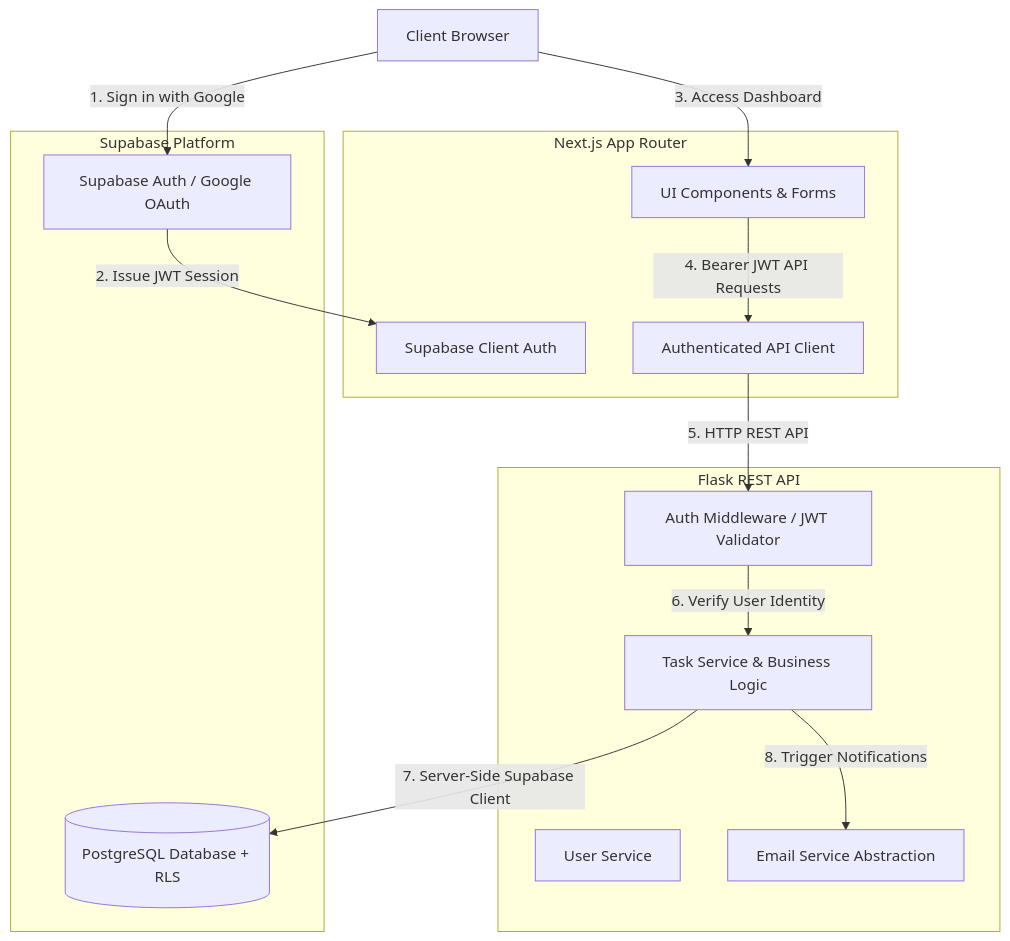
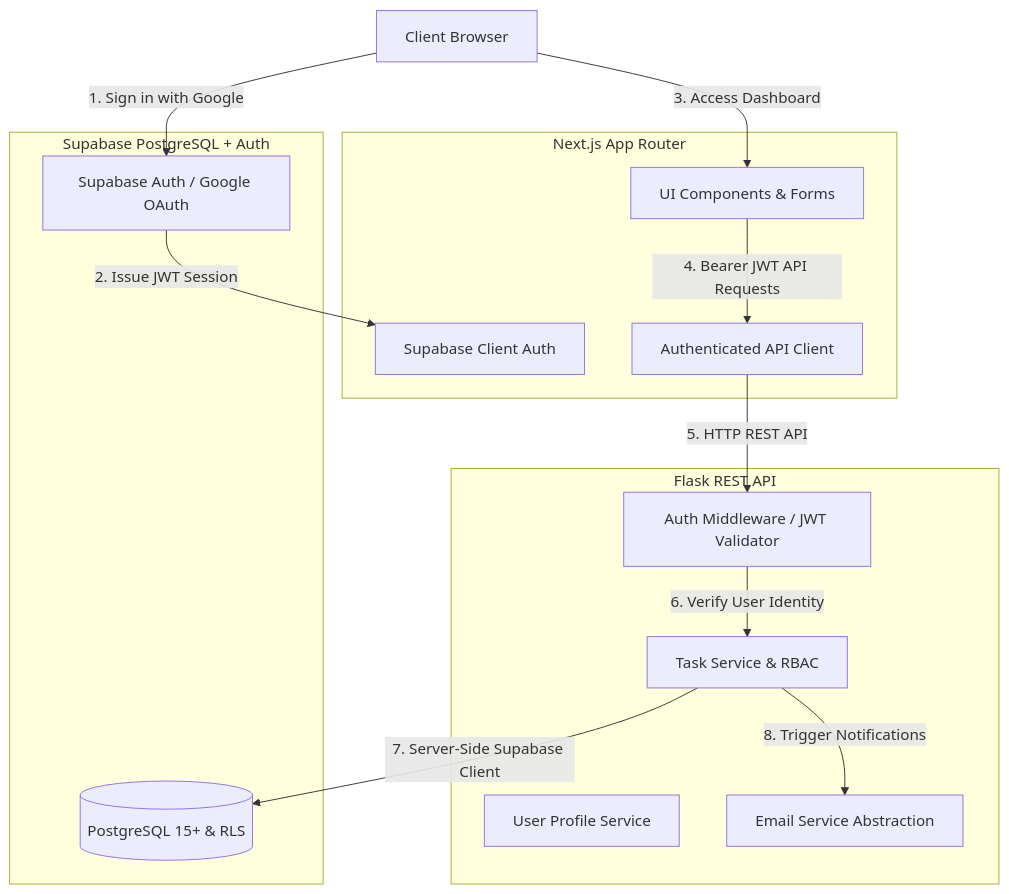
The first of 3 diagrams in README.md (adityadushara/taskflow_pro), drawn with Mermaid before and after one commit. The commit also changed other lines of this file and 3 other files, not shown here.

````diff
--- a/README.md
+++ b/README.md
@@ -9,31 +9,31 @@
 ```mermaid
 graph TD
     Browser[Client Browser]
     
     subgraph Frontend [Next.js App Router]
         UI[UI Components & Forms]
         AuthClient[Supabase Client Auth]
         ApiClient[Authenticated API Client]
     end
 
     subgraph Backend [Flask REST API]
         AuthMiddleware[Auth Middleware / JWT Validator]
-        TaskService[Task Service & Business Logic]
-        UserService[User Service]
+        TaskService[Task Service & RBAC]
+        UserService[User Profile Service]
         EmailService[Email Service Abstraction]
     end
 
-    subgraph Database [Supabase Platform]
+    subgraph Database [Supabase PostgreSQL + Auth]
         SupaAuth[Supabase Auth / Google OAuth]
-        Postgres[(PostgreSQL Database + RLS)]
+        Postgres[(PostgreSQL 15+ & RLS)]
     end
 
     Browser -->|1. Sign in with Google| SupaAuth
     SupaAuth -->|2. Issue JWT Session| AuthClient
     Browser -->|3. Access Dashboard| UI
     UI -->|4. Bearer JWT API Requests| ApiClient
     ApiClient -->|5. HTTP REST API| AuthMiddleware
     AuthMiddleware -->|6. Verify User Identity| TaskService
     TaskService -->|7. Server-Side Supabase Client| Postgres
     TaskService -->|8. Trigger Notifications| EmailService
 ```
````
